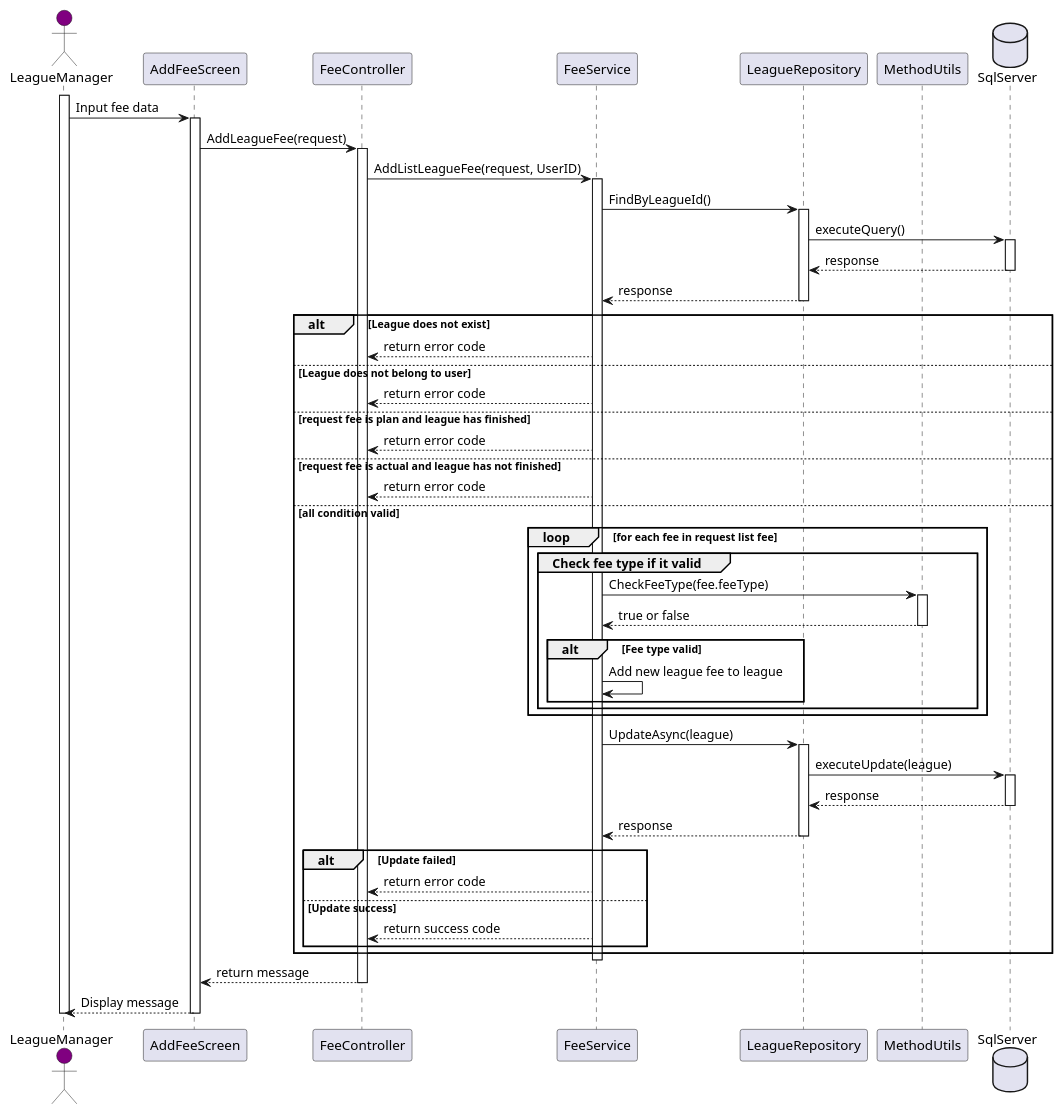
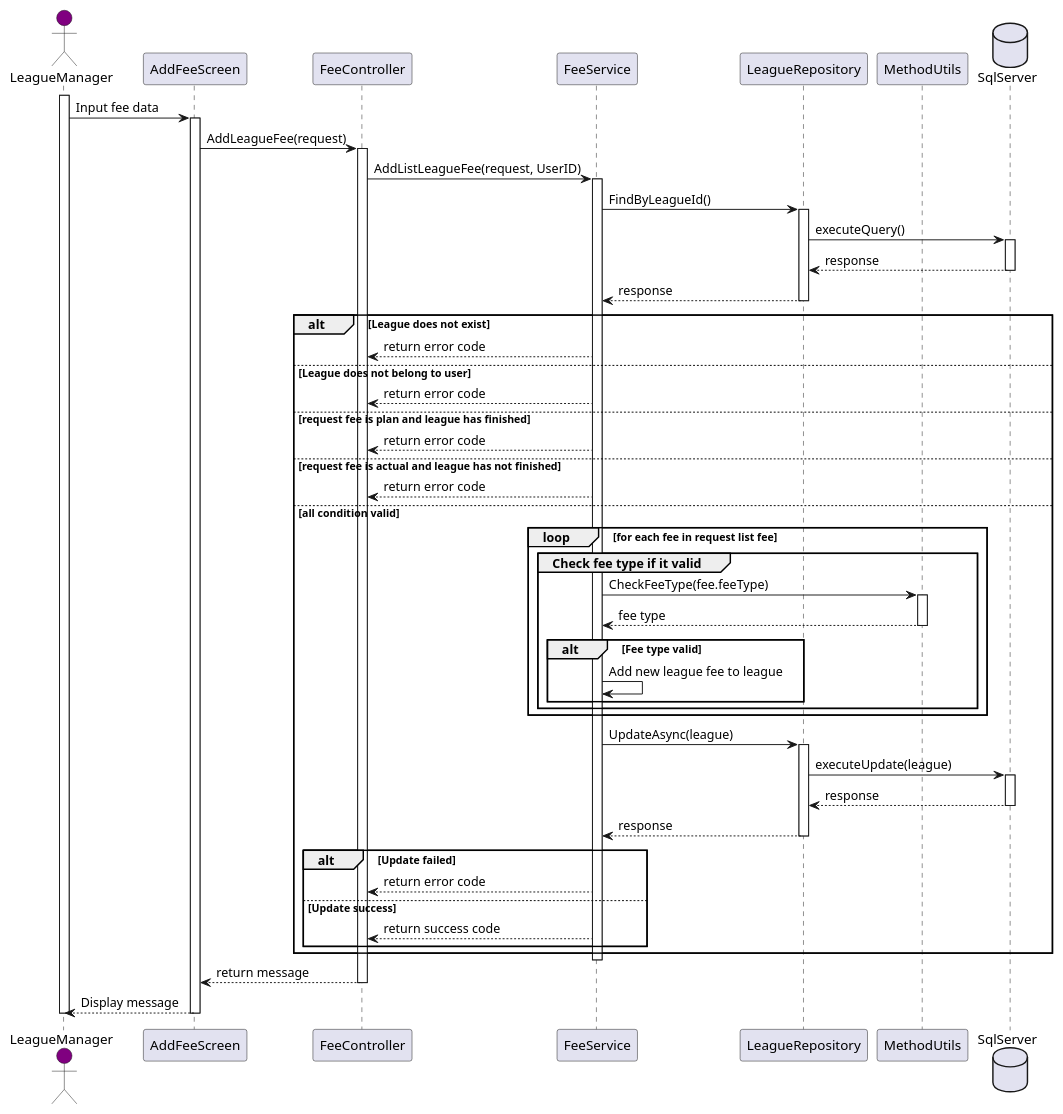
Before and after one commit to envydiace/FLMS_Diagram: the diagram in Feature_for_league_manager/League_management/Sequence_diagram/uc88_AddActualCost.puml, drawn with PlantUML. The commit also changed 1 other file, not shown here.

Commit message:
Confirm match finish sequence

```diff
--- a/Feature_for_league_manager/League_management/Sequence_diagram/uc88_AddActualCost.puml
+++ b/Feature_for_league_manager/League_management/Sequence_diagram/uc88_AddActualCost.puml
@@ -1,65 +1,65 @@
 @startuml Add Actual Cost 
 actor LeagueManager #Purple
 participant AddFeeScreen
 participant FeeController
 participant FeeService
 participant LeagueRepository
 participant MethodUtils
 database SqlServer
 
 activate LeagueManager
     LeagueManager -> AddFeeScreen: Input fee data
     activate AddFeeScreen
         AddFeeScreen -> FeeController: AddLeagueFee(request)
         activate FeeController
             FeeController  -> FeeService: AddListLeagueFee(request, UserID)
             activate FeeService
                 FeeService -> LeagueRepository: FindByLeagueId()
                 activate LeagueRepository
                     LeagueRepository -> SqlServer: executeQuery()
                     activate SqlServer 
                         SqlServer --> LeagueRepository: response
                     deactivate SqlServer
                     LeagueRepository --> FeeService: response
                 deactivate LeagueRepository
                 alt League does not exist 
                     FeeService --> FeeController : return error code
                 else League does not belong to user
                     FeeService --> FeeController : return error code
                 else request fee is plan and league has finished
                     FeeService --> FeeController : return error code
                 else request fee is actual and league has not finished
                     FeeService --> FeeController : return error code
                 else all condition valid 
                     loop for each fee in request list fee
                         group Check fee type if it valid 
                             FeeService -> MethodUtils: CheckFeeType(fee.feeType)
                             activate MethodUtils
-                                MethodUtils --> FeeService: true or false
+                                MethodUtils --> FeeService: fee type
                             deactivate MethodUtils
                             alt Fee type valid
                                 FeeService -> FeeService: Add new league fee to league
                             end
                         end
                     end
                     FeeService -> LeagueRepository: UpdateAsync(league)
                     activate LeagueRepository
                         LeagueRepository -> SqlServer: executeUpdate(league)
                         activate SqlServer
                             SqlServer --> LeagueRepository: response
                         deactivate SqlServer
                         LeagueRepository --> FeeService: response
                     deactivate LeagueRepository
                     alt Update failed
                         FeeService --> FeeController : return error code
                     else Update success 
                         FeeService --> FeeController : return success code
                     end
                 end
             deactivate FeeService
             FeeController --> AddFeeScreen: return message
         deactivate FeeController
         AddFeeScreen --> LeagueManager: Display message
     deactivate AddFeeScreen
 deactivate LeagueManager
 @enduml
```
